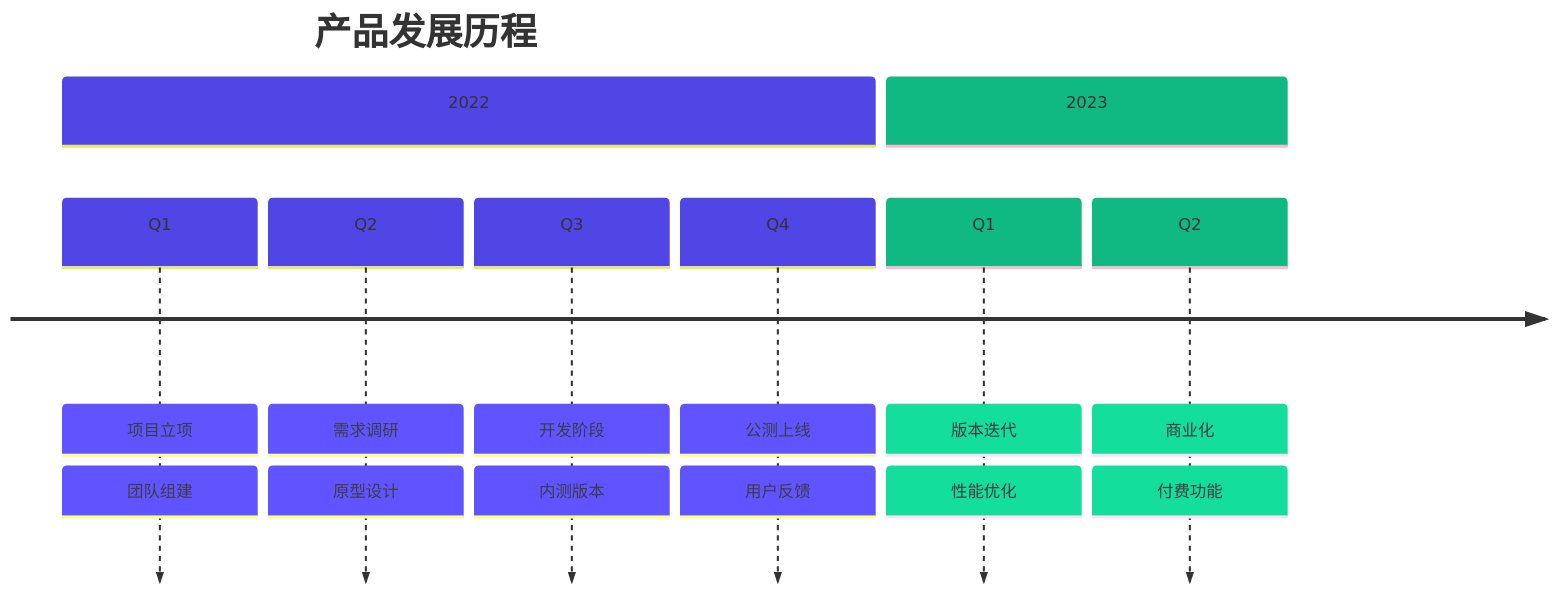
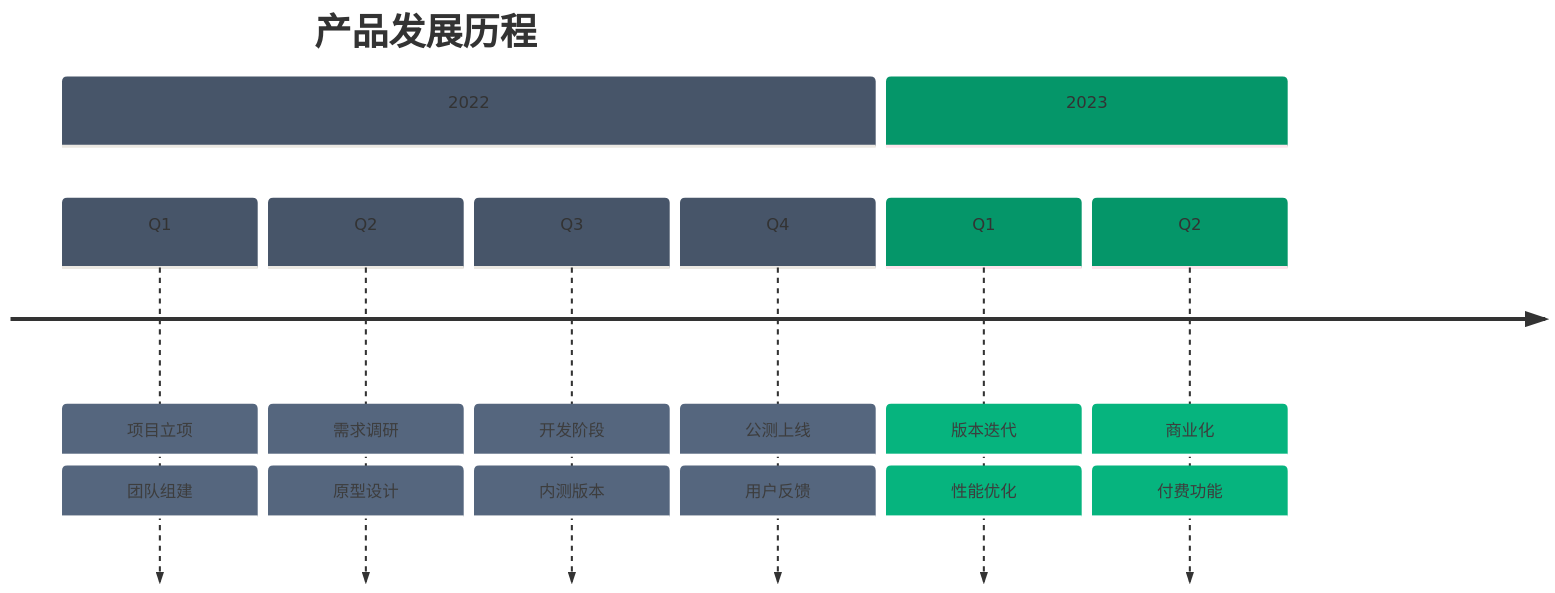
Diagram 15 of 17 in mermaid-generator/SKILL.md (unix2dos/skills), drawn with Mermaid before and after one commit. The commit also changed other lines of this file, not shown here.

````diff
--- a/mermaid-generator/SKILL.md
+++ b/mermaid-generator/SKILL.md
@@ -476,13 +476,13 @@
 ```mermaid
-%%{init: {'theme': 'base', 'themeVariables': {'cScale0': '#4F46E5', 'cScale1': '#10B981', 'cScale2': '#F59E0B', 'cScale3': '#EF4444'}}}%%
+%%{init: {'theme': 'base', 'themeVariables': {'cScale0': '#475569', 'cScale1': '#059669', 'cScale2': '#D97706', 'cScale3': '#DC2626'}}}%%
 timeline
     title 产品发展历程
     section 2022
         Q1 : 项目立项 : 团队组建
         Q2 : 需求调研 : 原型设计
         Q3 : 开发阶段 : 内测版本
         Q4 : 公测上线 : 用户反馈
     section 2023
         Q1 : 版本迭代 : 性能优化
         Q2 : 商业化 : 付费功能
 ```
````
